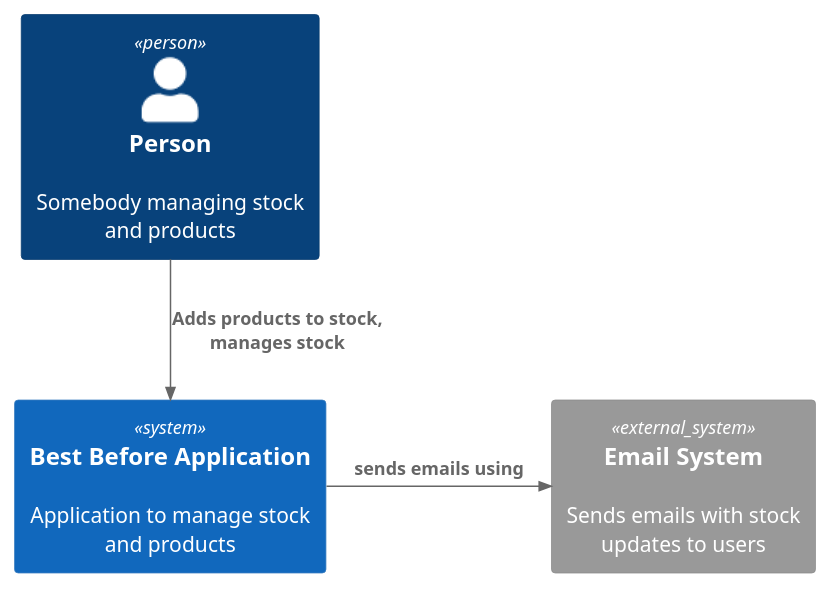
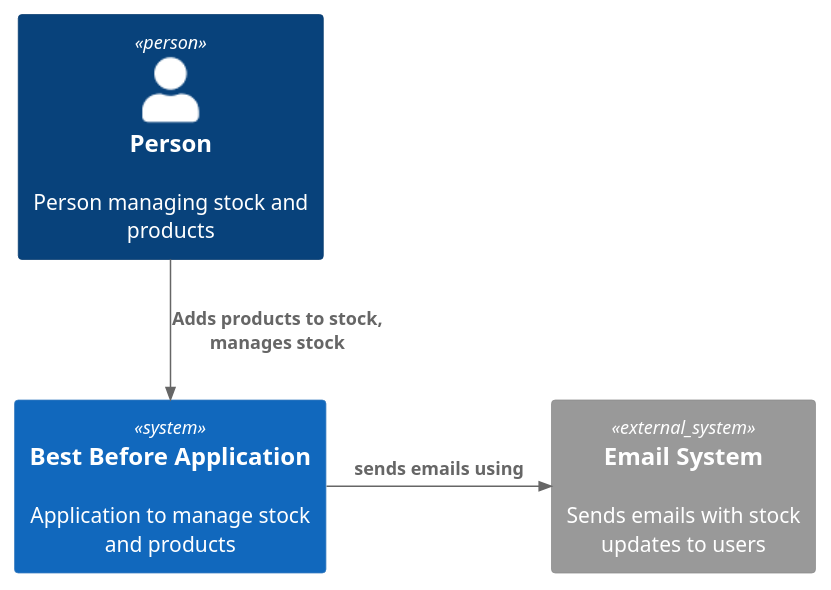
The diagram in documentation/systemcontext.pu (jacobduijzer/BestBeforeAzure), drawn with PlantUML before and after one commit. The commit also changed 2 other files, not shown here.

Commit message:
Added container diagram

```diff
--- a/documentation/systemcontext.pu
+++ b/documentation/systemcontext.pu
@@ -1,11 +1,11 @@
 @startuml C4_Elements
 !include https://raw.githubusercontent.com/plantuml-stdlib/C4-PlantUML/master/C4_Context.puml
 
-Person(personAlias, "Person", "Somebody managing stock and products")
+Person(personAlias, "Person", "Person managing stock and products")
 
 System(systemAlias, "Best Before Application", "Application to manage stock and products")
 System_Ext(emailSystemAlias, "Email System", "Sends emails with stock updates to users")
 
 Rel(personAlias, systemAlias, "Adds products to stock, manages stock")
 Rel_R(systemAlias, emailSystemAlias, "sends emails using")
 @enduml
```
